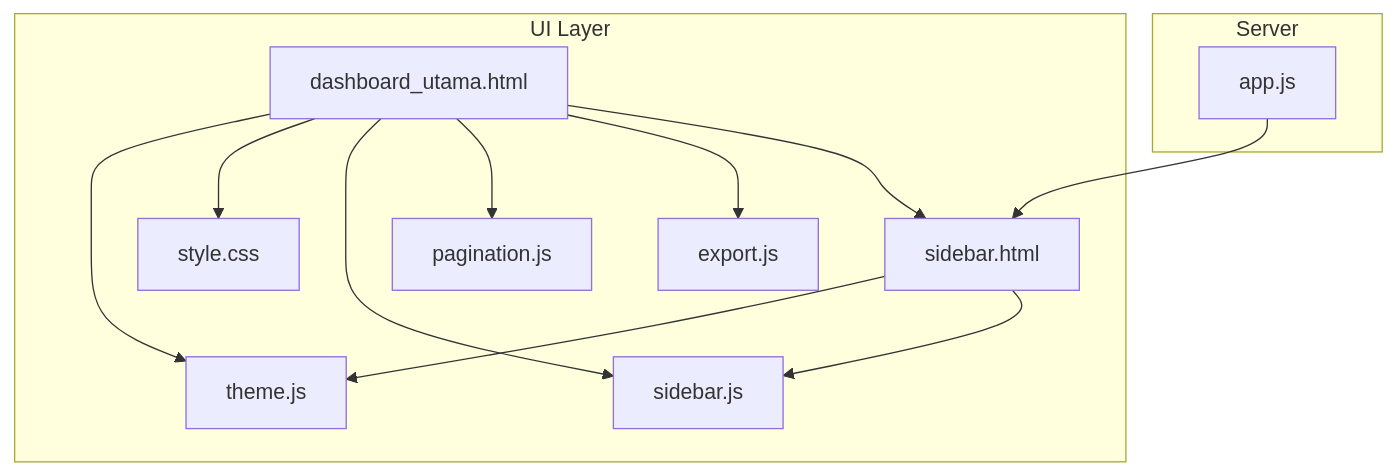
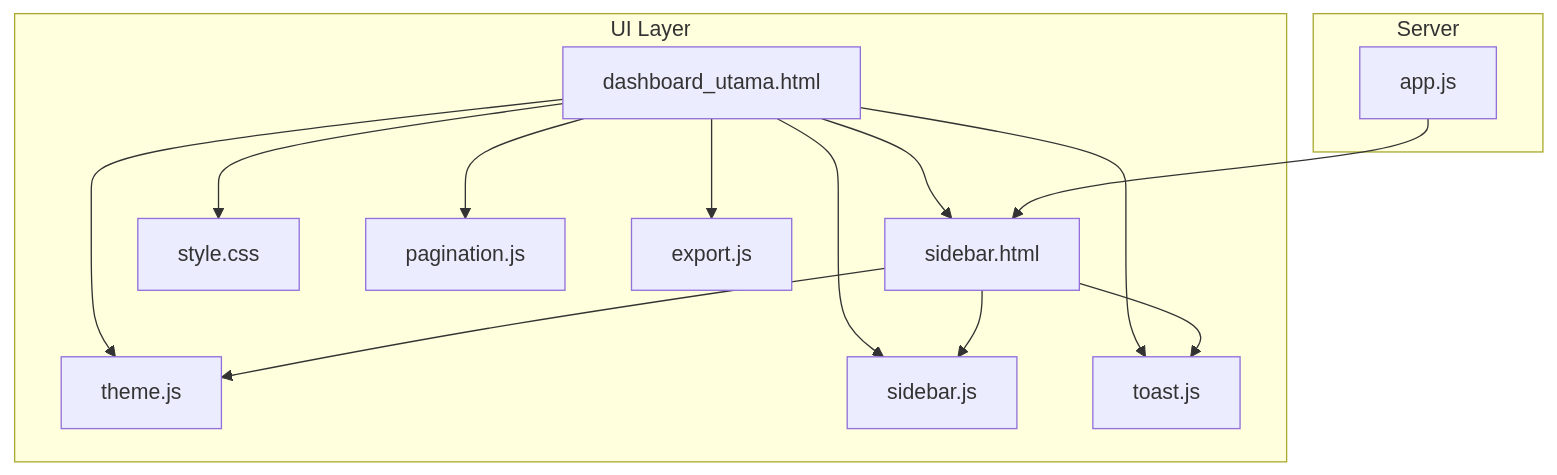
Before and after one commit to rendisiagian/TDS_by_RENDISIAGIAN: the first of 6 diagrams in .qoder/repowiki/en/content/User Interface & Experience/User Interface & Experience.md, drawn with Mermaid. The commit also changed other lines of this file and 96 other files, not shown here.

````diff
--- a/.qoder/repowiki/en/content/User Interface & Experience/User Interface & Experience.md
+++ b/.qoder/repowiki/en/content/User Interface & Experience/User Interface & Experience.md
@@ -38,24 +48,27 @@
 ```mermaid
 graph TB
 subgraph "UI Layer"
 DU["dashboard_utama.html"]
 SBH["sidebar.html"]
 STY["style.css"]
 THM["theme.js"]
 SBJ["sidebar.js"]
 PAG["pagination.js"]
 EXP["export.js"]
+TST["toast.js"]
 end
 subgraph "Server"
 APP["app.js"]
 end
 DU --> THM
 DU --> STY
 DU --> SBJ
 DU --> PAG
 DU --> EXP
+DU --> TST
 DU --> SBH
 SBH --> THM
 SBH --> SBJ
+SBH --> TST
 APP --> SBH
 ```
````
